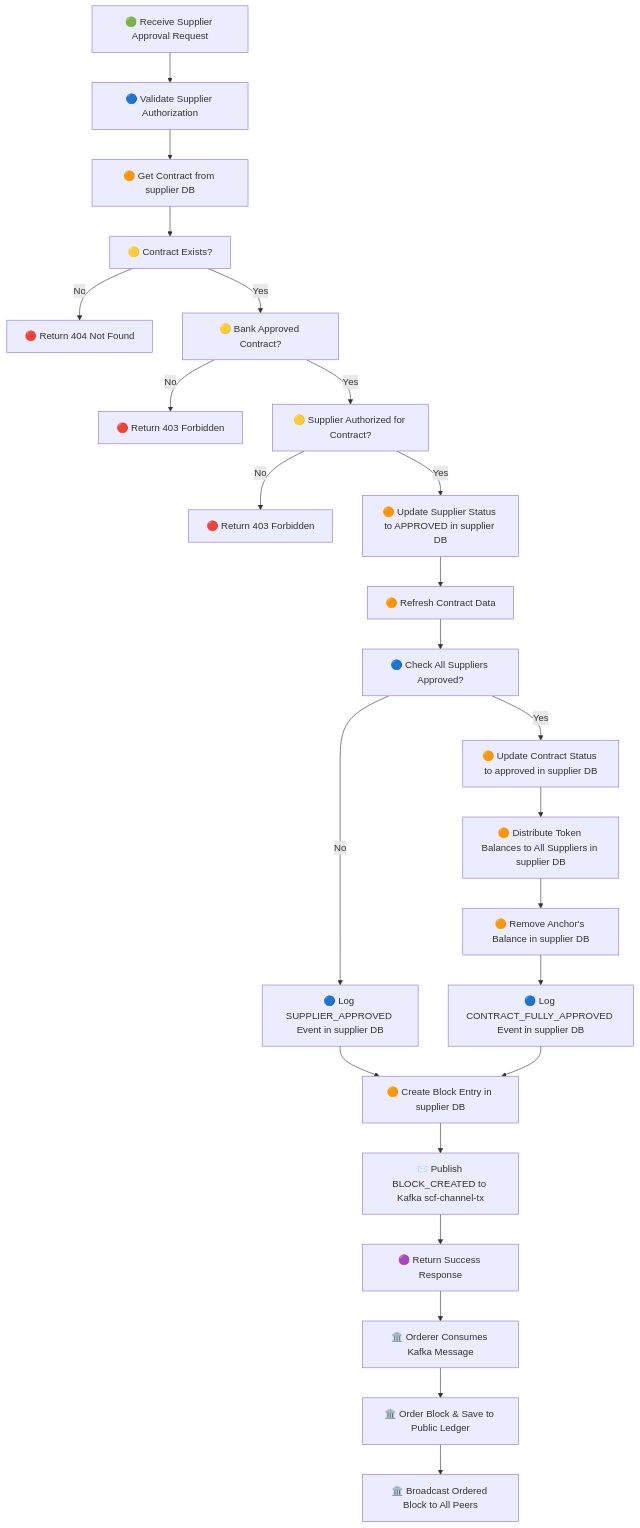
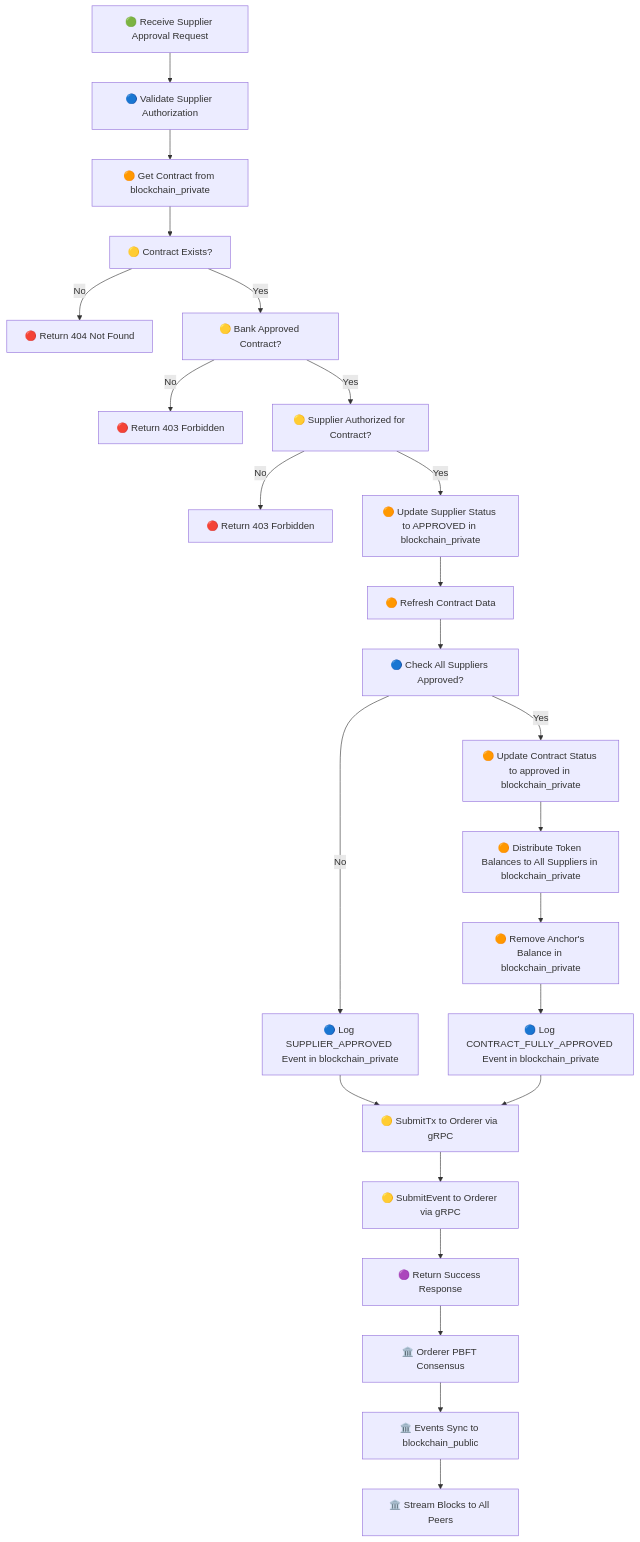
Before and after one commit to trunghc97/blockchain: the third of 19 diagrams in API_Flow_Diagrams.md, drawn with Mermaid. The commit also changed other lines of this file and 26 other files, not shown here.

````diff
--- a/API_Flow_Diagrams.md
+++ b/API_Flow_Diagrams.md
@@ -79,27 +80,27 @@
 ```mermaid
 flowchart TD
     A[🟢 Receive Supplier Approval Request] --> B[🔵 Validate Supplier Authorization]
-    B --> C[🟠 Get Contract from supplier DB]
+    B --> C[🟠 Get Contract from blockchain_private]
     C --> D[🟡 Contract Exists?]
     D -->|No| E[🔴 Return 404 Not Found]
     D -->|Yes| F[🟡 Bank Approved Contract?]
     F -->|No| G[🔴 Return 403 Forbidden]
     F -->|Yes| H[🟡 Supplier Authorized for Contract?]
     H -->|No| I[🔴 Return 403 Forbidden]
-    H -->|Yes| J[🟠 Update Supplier Status to APPROVED in supplier DB]
+    H -->|Yes| J[🟠 Update Supplier Status to APPROVED in blockchain_private]
     J --> K[🟠 Refresh Contract Data]
     K --> L[🔵 Check All Suppliers Approved?]
-    L -->|No| M[🔵 Log SUPPLIER_APPROVED Event in supplier DB]
-    L -->|Yes| N[🟠 Update Contract Status to approved in supplier DB]
-    N --> O[🟠 Distribute Token Balances to All Suppliers in supplier DB]
-    O --> P[🟠 Remove Anchor's Balance in supplier DB]
-    P --> Q[🔵 Log CONTRACT_FULLY_APPROVED Event in supplier DB]
-    M --> R[🟠 Create Block Entry in supplier DB]
+    L -->|No| M[🔵 Log SUPPLIER_APPROVED Event in blockchain_private]
+    L -->|Yes| N[🟠 Update Contract Status to approved in blockchain_private]
+    N --> O[🟠 Distribute Token Balances to All Suppliers in blockchain_private]
+    O --> P[🟠 Remove Anchor's Balance in blockchain_private]
+    P --> Q[🔵 Log CONTRACT_FULLY_APPROVED Event in blockchain_private]
+    M --> R[🟡 SubmitTx to Orderer via gRPC]
     Q --> R
-    R --> S[📨 Publish BLOCK_CREATED to Kafka scf-channel-tx]
+    R --> S[🟡 SubmitEvent to Orderer via gRPC]
     S --> T[🟣 Return Success Response]
 
-    T --> U[🏛️ Orderer Consumes Kafka Message]
-    U --> V[🏛️ Order Block & Save to Public Ledger]
-    V --> W[🏛️ Broadcast Ordered Block to All Peers]
+    T --> U[🏛️ Orderer PBFT Consensus]
+    U --> V[🏛️ Events Sync to blockchain_public]
+    V --> W[🏛️ Stream Blocks to All Peers]
 ```
````
